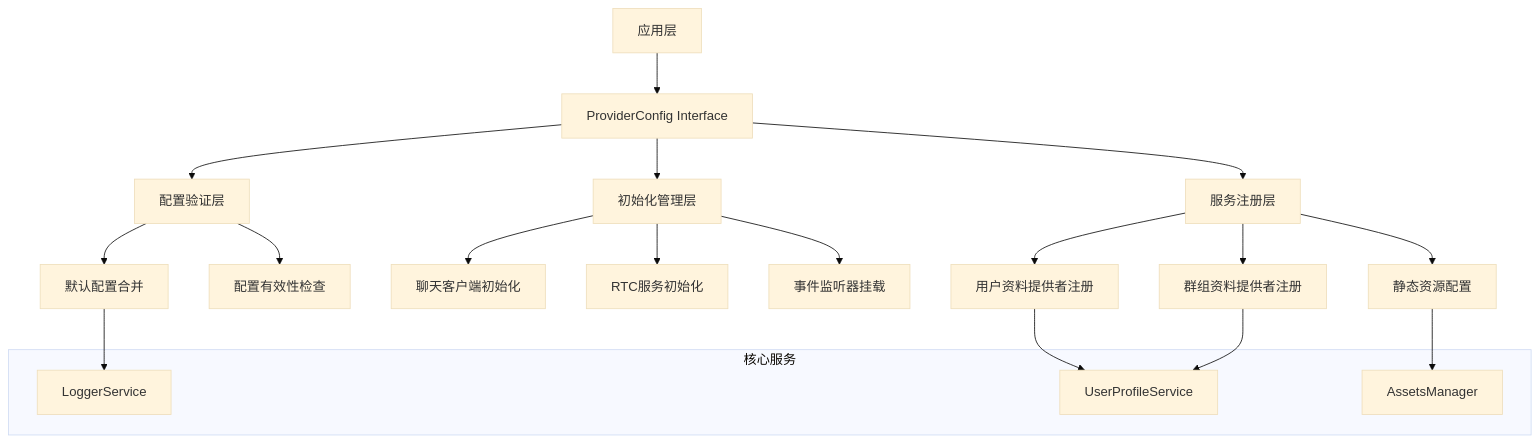
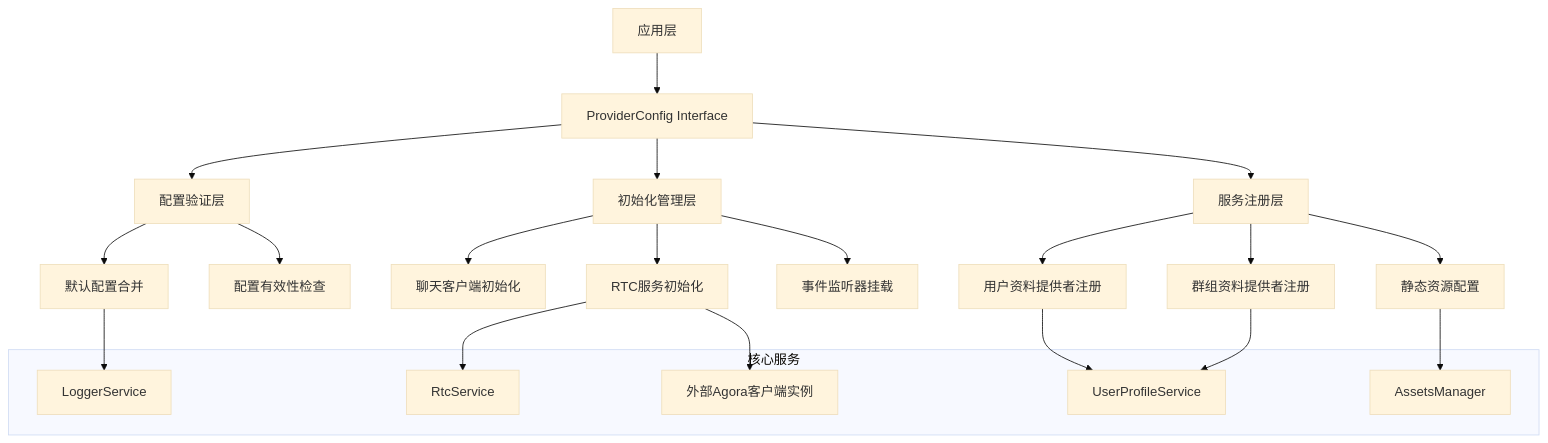
One commit to Easemob-Community/easemob-uikit-callkit-vue3 changed the third of 8 diagrams in .qoder/repowiki/zh/content/Provider Config Interface.md. Above: the diagram before and after it, drawn with Mermaid (base theme). The commit also changed other lines of this file and 6 other files, not shown here.

````diff
--- a/.qoder/repowiki/zh/content/Provider Config Interface.md
+++ b/.qoder/repowiki/zh/content/Provider Config Interface.md
@@ -137,24 +155,28 @@
 ```mermaid
 graph TD
 A[应用层] --> B[ProviderConfig Interface]
 B --> C[配置验证层]
 B --> D[初始化管理层]
 B --> E[服务注册层]
 C --> F[默认配置合并]
 C --> G[配置有效性检查]
 D --> H[聊天客户端初始化]
 D --> I[RTC服务初始化]
 D --> J[事件监听器挂载]
 E --> K[用户资料提供者注册]
 E --> L[群组资料提供者注册]
 E --> M[静态资源配置]
 subgraph "核心服务"
 N[UserProfileService]
 O[AssetsManager]
 P[LoggerService]
+Q[RtcService]
+R[外部Agora客户端实例]
 end
 K --> N
 L --> N
 M --> O
 F --> P
+I --> Q
+I --> R
 ```
````
